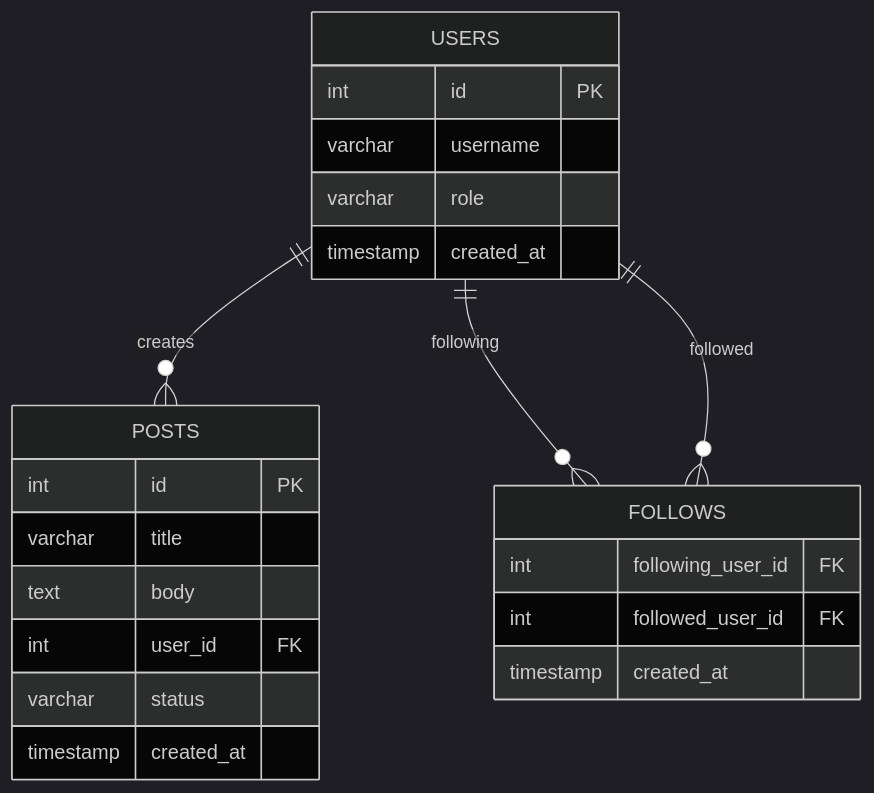
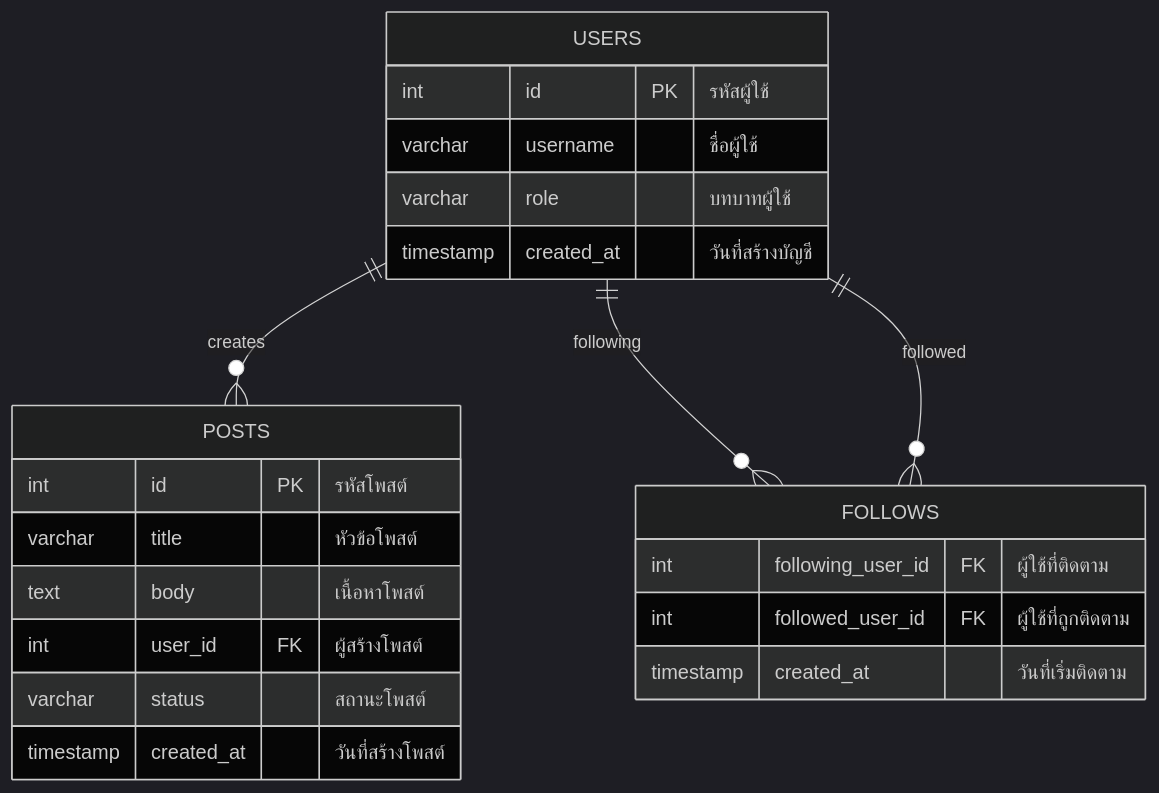
One commit to paweena2003/entity-documentation-demo changed the diagram in forum.mmd. Above: the diagram before and after it, drawn with Mermaid (dark theme).

```diff
--- a/forum.mmd
+++ b/forum.mmd
@@ -1,27 +1,27 @@
 
 erDiagram
     USERS ||--o{ POSTS : creates
     USERS ||--o{ FOLLOWS : following
     USERS ||--o{ FOLLOWS : followed
 
     USERS {
-        int id PK
-        varchar username
-        varchar role
-        timestamp created_at
+        int id PK "รหัสผู้ใช้"
+        varchar username "ชื่อผู้ใช้"
+        varchar role "บทบาทผู้ใช้"
+        timestamp created_at "วันที่สร้างบัญชี"
     }
 
     POSTS {
-        int id PK
-        varchar title
-        text body
-        int user_id FK
-        varchar status
-        timestamp created_at
+        int id PK "รหัสโพสต์"
+        varchar title "หัวข้อโพสต์"
+        text body "เนื้อหาโพสต์"
+        int user_id FK "ผู้สร้างโพสต์"
+        varchar status "สถานะโพสต์"
+        timestamp created_at "วันที่สร้างโพสต์"
     }
 
     FOLLOWS {
-        int following_user_id FK
-        int followed_user_id FK
-        timestamp created_at
+        int following_user_id FK "ผู้ใช้ที่ติดตาม"
+        int followed_user_id FK "ผู้ใช้ที่ถูกติดตาม"
+        timestamp created_at "วันที่เริ่มติดตาม"
     }
```
